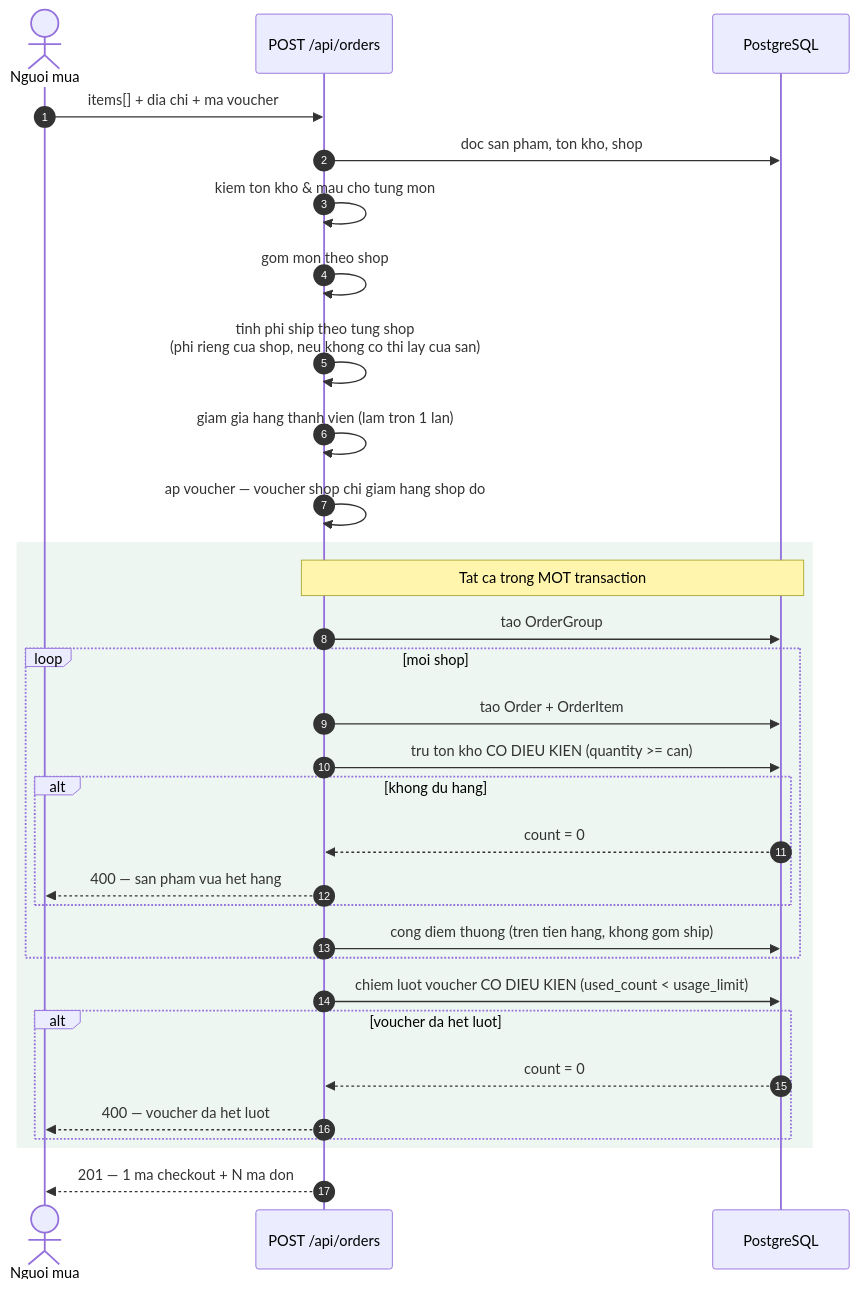
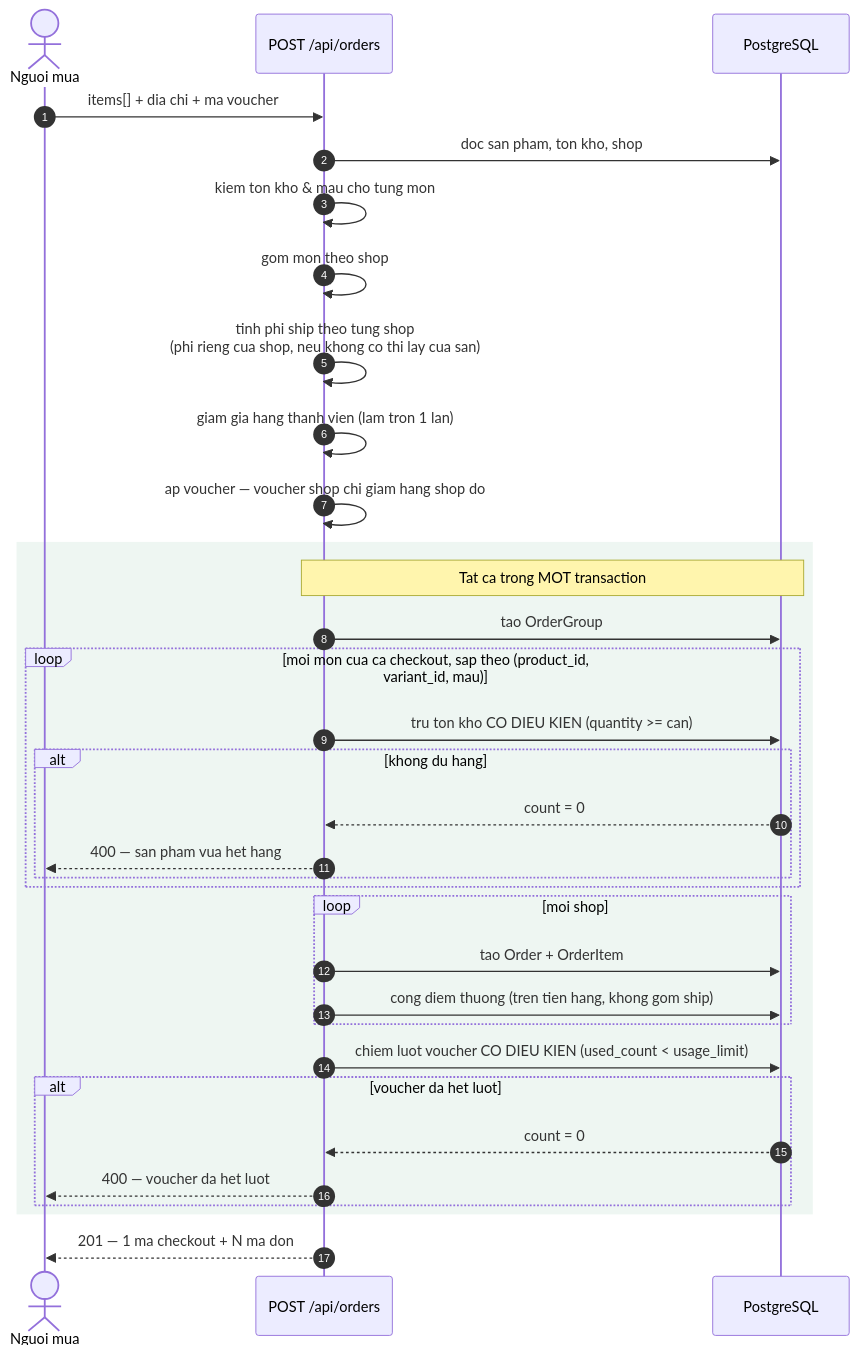
Before and after one commit to nguyenxduc/electric-ecommerce: the third of 9 diagrams in backend/docs/architecture.md, drawn with Mermaid. The commit also changed other lines of this file and 3 other files, not shown here.

````diff
--- a/backend/docs/architecture.md
+++ b/backend/docs/architecture.md
@@ -156,36 +156,38 @@
 ```mermaid
 sequenceDiagram
   autonumber
   actor B as Nguoi mua
   participant API as POST /api/orders
   participant DB as PostgreSQL
 
   B->>API: items[] + dia chi + ma voucher
   API->>DB: doc san pham, ton kho, shop
   API->>API: kiem ton kho & mau cho tung mon
   API->>API: gom mon theo shop
   API->>API: tinh phi ship theo tung shop<br/>(phi rieng cua shop, neu khong co thi lay cua san)
   API->>API: giam gia hang thanh vien (lam tron 1 lan)
   API->>API: ap voucher — voucher shop chi giam hang shop do
 
   rect rgb(238, 246, 242)
     note over API,DB: Tat ca trong MOT transaction
     API->>DB: tao OrderGroup
-    loop moi shop
-      API->>DB: tao Order + OrderItem
+    loop moi mon cua ca checkout, sap theo (product_id, variant_id, mau)
       API->>DB: tru ton kho CO DIEU KIEN (quantity >= can)
       alt khong du hang
         DB-->>API: count = 0
         API-->>B: 400 — san pham vua het hang
       end
+    end
+    loop moi shop
+      API->>DB: tao Order + OrderItem
       API->>DB: cong diem thuong (tren tien hang, khong gom ship)
     end
     API->>DB: chiem luot voucher CO DIEU KIEN (used_count < usage_limit)
     alt voucher da het luot
       DB-->>API: count = 0
       API-->>B: 400 — voucher da het luot
     end
   end
 
   API-->>B: 201 — 1 ma checkout + N ma don
 ```
````
